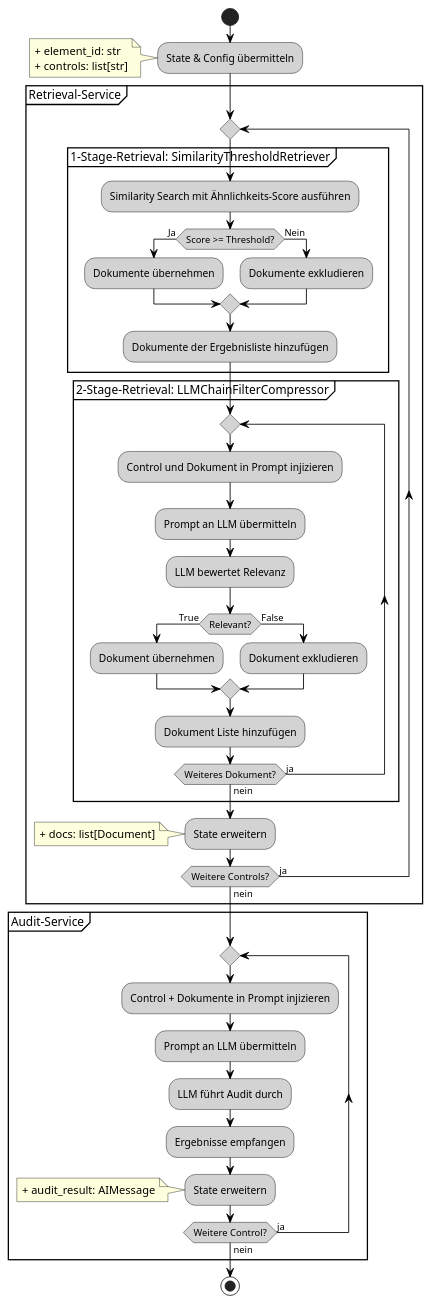
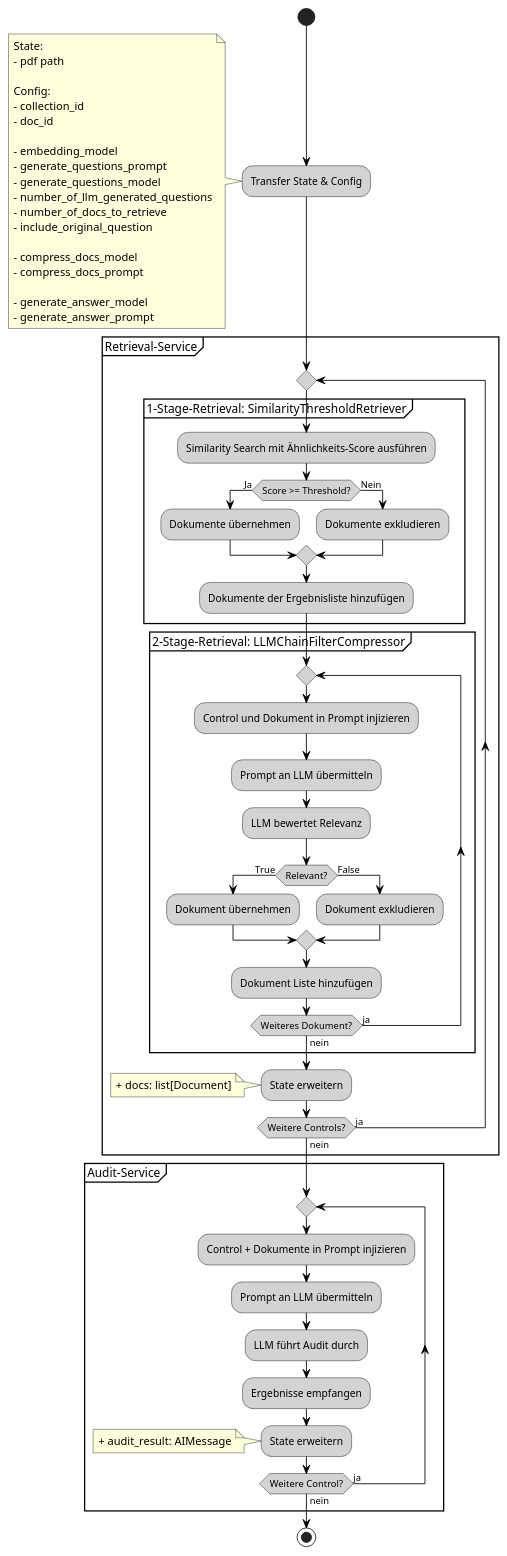
One commit to LJackson412/rag-core changed the diagram in docs/retrieval_graph.puml. Above: the diagram before and after it, drawn with PlantUML. The commit also changed 2 other files, not shown here.

Commit message:
update plant uml

```diff
--- a/docs/retrieval_graph.puml
+++ b/docs/retrieval_graph.puml
@@ -1,77 +1,93 @@
 @startuml
 skinparam backgroundColor transparent
 skinparam shadowing false
 skinparam arrowColor black
 skinparam activityBackgroundColor lightgrey
 skinparam activityBorderColor black
 
 start
 
-:State & Config übermitteln;
+:Transfer State & Config;
+    note left
+        State:
+        - pdf path
 
-note left
-+ element_id: str
-+ controls: list[str]
-end note
+        Config:
+        - collection_id
+        - doc_id
+
+        - embedding_model
+        - generate_questions_prompt
+        - generate_questions_model
+        - number_of_llm_generated_questions
+        - number_of_docs_to_retrieve
+        - include_original_question
+
+        - compress_docs_model
+        - compress_docs_prompt
+
+        - generate_answer_model
+        - generate_answer_prompt
+    end note
 
 
 partition "Retrieval-Service" {
 
     repeat
 
     partition "1-Stage-Retrieval: SimilarityThresholdRetriever" {
       
  
         :Similarity Search mit Ähnlichkeits-Score ausführen;
           if (Score >= Threshold?) then (Ja)
             :Dokumente übernehmen;
           else (Nein)
             :Dokumente exkludieren;
           endif
         :Dokumente der Ergebnisliste hinzufügen;
     }
 
 
     partition "2-Stage-Retrieval: LLMChainFilterCompressor" {
         repeat
           :Control und Dokument in Prompt injizieren;
           :Prompt an LLM übermitteln;
           :LLM bewertet Relevanz;
           if (Relevant?) then (True)
               :Dokument übernehmen;
             else (False)
               :Dokument exkludieren;
             endif
           :Dokument Liste hinzufügen;
         repeat while (Weiteres Dokument?) is (ja) not (nein);
     }
     :State erweitern;
 
     note left
     + docs: list[Document]
     end note
 
     repeat while (Weitere Controls?) is (ja) not (nein);
    
 
 }
 
 
 partition "Audit-Service" {
     repeat
         :Control + Dokumente in Prompt injizieren;
         :Prompt an LLM übermitteln;
         :LLM führt Audit durch;
         :Ergebnisse empfangen;
         :State erweitern;
           note left
           + audit_result: AIMessage
           end note
     repeat while (Weitere Control?) is (ja) not (nein);
  
 }
 
 
 
 stop
 @enduml
```
